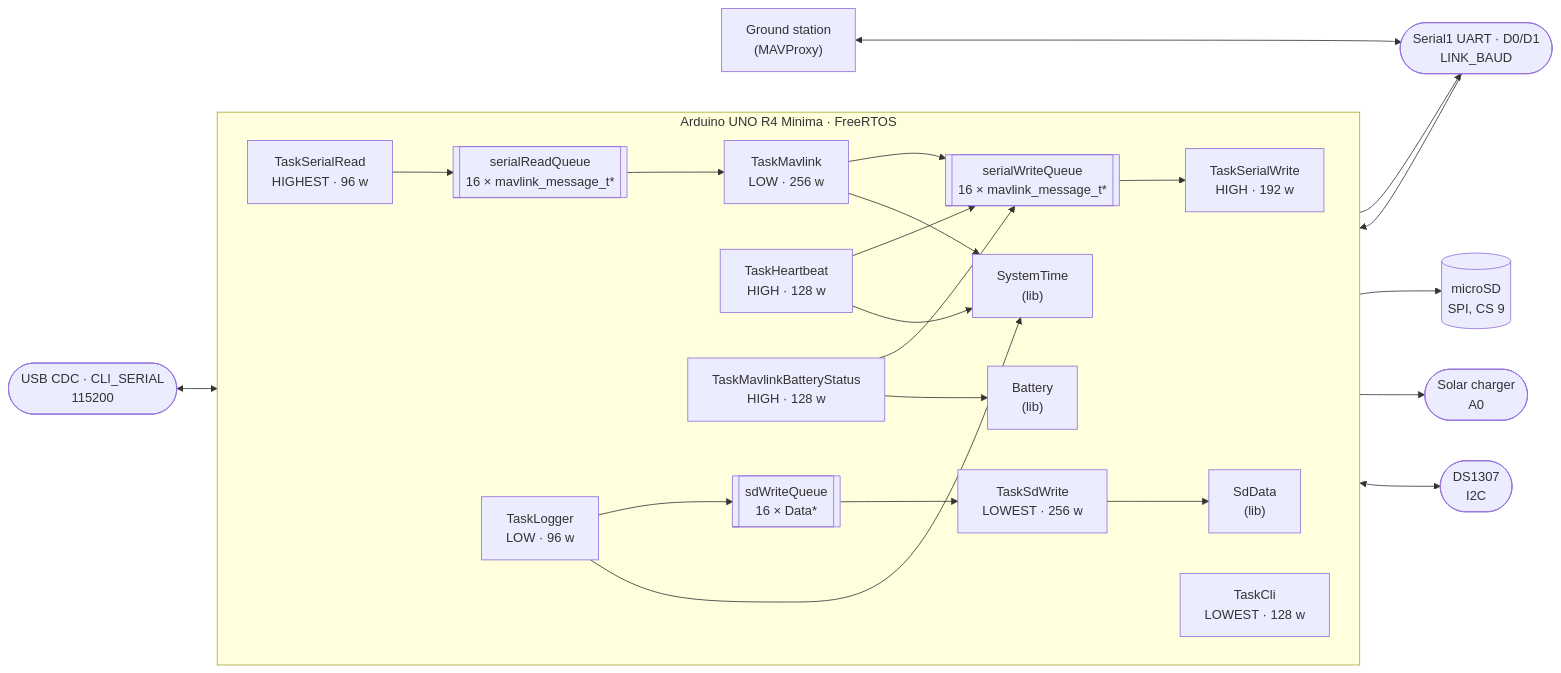
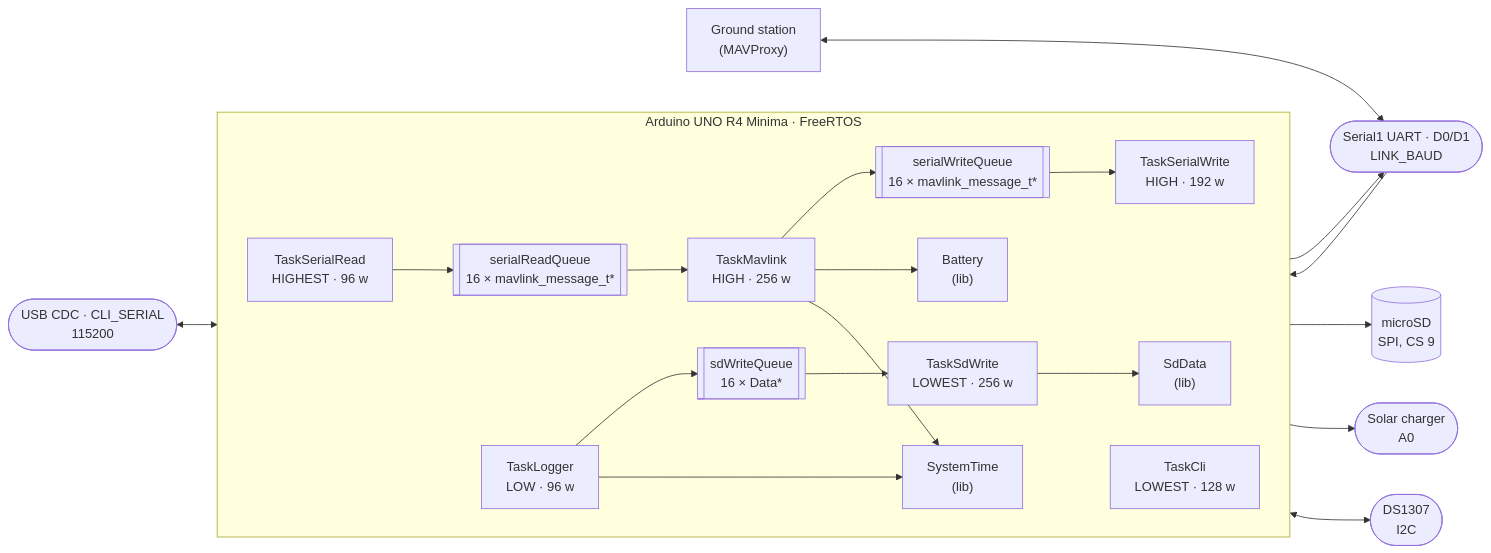
The diagram in ARCHITECTURE.md (hectorespert/BoredomOS), drawn with Mermaid before and after one commit. The commit also changed other lines of this file and 16 other files, not shown here.

````diff
--- a/ARCHITECTURE.md
+++ b/ARCHITECTURE.md
@@ -31,52 +31,47 @@
 ```mermaid
 flowchart LR
     GCS["Ground station<br/>(MAVProxy)"]
 
     subgraph board["Arduino UNO R4 Minima · FreeRTOS"]
         direction LR
 
         SR["TaskSerialRead<br/>HIGHEST · 96 w"]
         SW["TaskSerialWrite<br/>HIGH · 192 w"]
-        MV["TaskMavlink<br/>LOW · 256 w"]
-        HB["TaskHeartbeat<br/>HIGH · 128 w"]
-        BS["TaskMavlinkBatteryStatus<br/>HIGH · 128 w"]
+        MV["TaskMavlink<br/>HIGH · 256 w"]
         LG["TaskLogger<br/>LOW · 96 w"]
         SDW["TaskSdWrite<br/>LOWEST · 256 w"]
         CLI["TaskCli<br/>LOWEST · 128 w"]
 
         RQ[["serialReadQueue<br/>16 × mavlink_message_t*"]]
         WQ[["serialWriteQueue<br/>16 × mavlink_message_t*"]]
         DQ[["sdWriteQueue<br/>16 × Data*"]]
 
         BAT["Battery<br/>(lib)"]
         ST["SystemTime<br/>(lib)"]
         SDD["SdData<br/>(lib)"]
     end
 
     LINK(["Serial1 UART · D0/D1<br/>LINK_BAUD"])
     CARD[("microSD<br/>SPI, CS 9")]
     ADC(["Solar charger<br/>A0"])
     RTC(["DS1307<br/>I2C"])
     CONSOLE(["USB CDC · CLI_SERIAL<br/>115200"])
 
     GCS <--> LINK
     LINK --> SR
     SW --> LINK
 
     CONSOLE <--> CLI
 
     SR --> RQ --> MV
     MV --> WQ
-    HB --> WQ
-    BS --> WQ
     WQ --> SW
 
     LG --> DQ --> SDW
     SDW --> SDD --> CARD
 
-    BS --> BAT --> ADC
+    MV --> BAT --> ADC
     MV --> ST
-    HB --> ST
     LG --> ST
     ST <--> RTC
 ```
````
